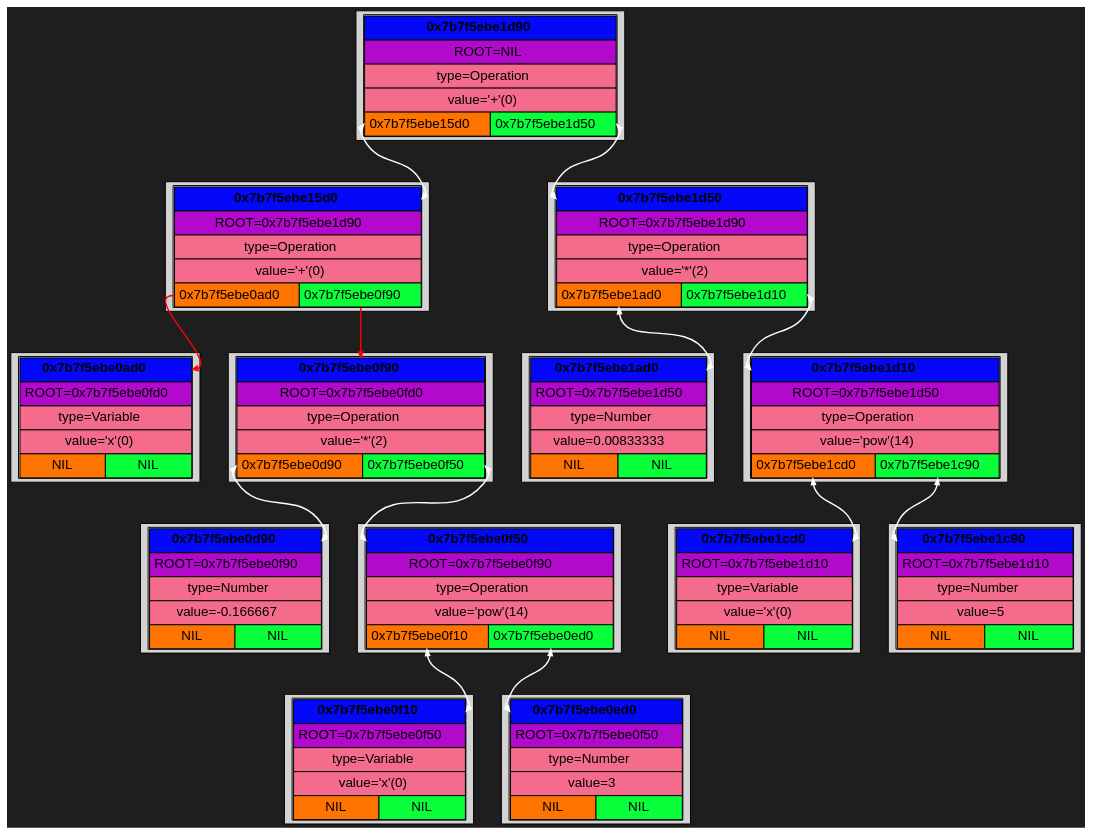
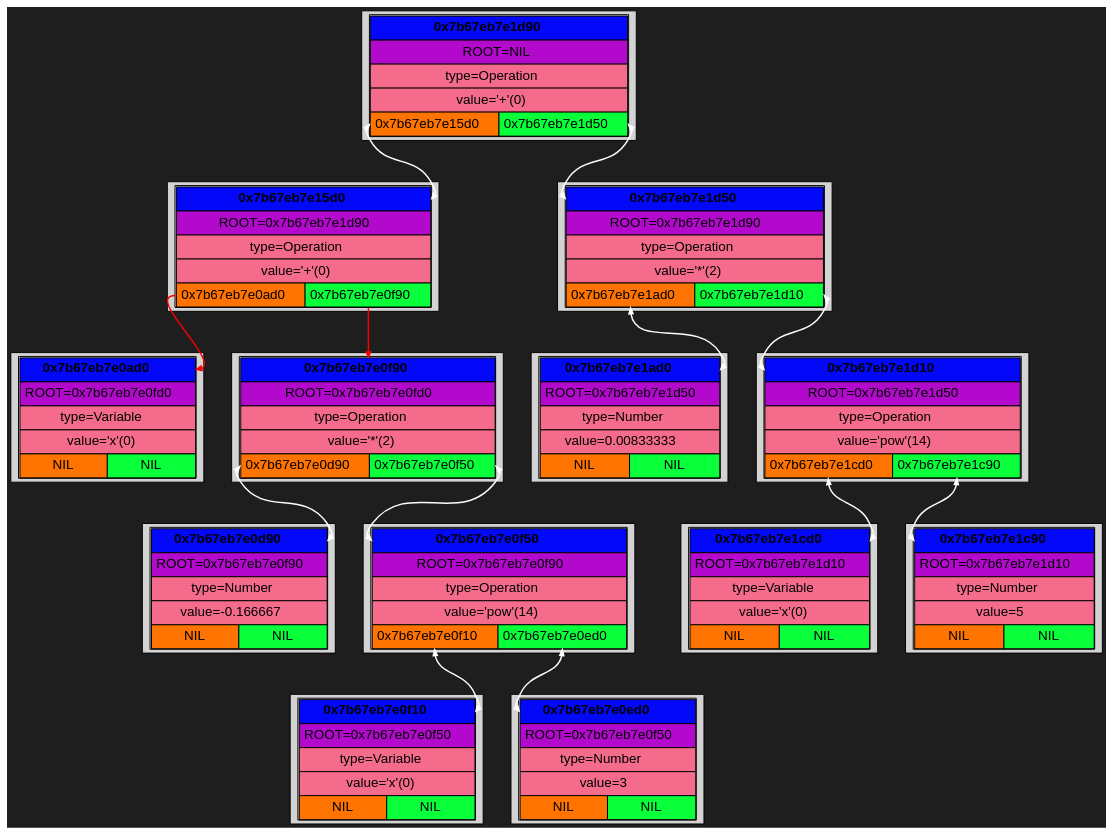
One commit to Kabuto-Mainer/Diff changed the diagram in Dump/BinTree/graph.dot. Above: the diagram before and after it, drawn with Graphviz. The commit also changed 15 other files, not shown here.

```diff
--- a/Dump/BinTree/graph.dot
+++ b/Dump/BinTree/graph.dot
@@ -1,178 +1,178 @@
 digraph {
   rankdir=UD;
   bgcolor="#1e1e1e"
   nodesep=0.4;
   ranksep=0.6;
   node [shape=plaintext, style=filled, fontname="Helvetica"];
   edge [arrowhead=vee, arrowsize=0.6, penwidth=1.2];
 
-block_0x7b7f5ebe0ad0 [shape=box, label=<
+block_0x7b67eb7e0ad0 [shape=box, label=<
 <TABLE CELLSPACING="0" CELLPADDING="4">
-<TR><TD PORT="root" BGCOLOR="#0308f9ff" COLSPAN="2"><B>0x7b7f5ebe0ad0</B></TD></TR>
-<TR><TD BGCOLOR="#b209ccff" COLSPAN="2">ROOT=0x7b7f5ebe0fd0</TD></TR>
+<TR><TD PORT="root" BGCOLOR="#0308f9ff" COLSPAN="2"><B>0x7b67eb7e0ad0</B></TD></TR>
+<TR><TD BGCOLOR="#b209ccff" COLSPAN="2">ROOT=0x7b67eb7e0fd0</TD></TR>
 <TR><TD BGCOLOR="#f46b8bff" COLSPAN="2">type=Variable</TD></TR>
 <TR><TD BGCOLOR="#f46b8bff" COLSPAN="2">value='x'(0)</TD></TR>
 <TR>
 <TD PORT="left" BGCOLOR="#ff7301ff">NIL</TD>
 <TD PORT="right" BGCOLOR="#08ff3aff">NIL</TD>
 </TR>
 </TABLE> >];
 
-block_0x7b7f5ebe0d90 [shape=box, label=<
+block_0x7b67eb7e0d90 [shape=box, label=<
 <TABLE CELLSPACING="0" CELLPADDING="4">
-<TR><TD PORT="root" BGCOLOR="#0308f9ff" COLSPAN="2"><B>0x7b7f5ebe0d90</B></TD></TR>
-<TR><TD BGCOLOR="#b209ccff" COLSPAN="2">ROOT=0x7b7f5ebe0f90</TD></TR>
+<TR><TD PORT="root" BGCOLOR="#0308f9ff" COLSPAN="2"><B>0x7b67eb7e0d90</B></TD></TR>
+<TR><TD BGCOLOR="#b209ccff" COLSPAN="2">ROOT=0x7b67eb7e0f90</TD></TR>
 <TR><TD BGCOLOR="#f46b8bff" COLSPAN="2">type=Number</TD></TR>
 <TR><TD BGCOLOR="#f46b8bff" COLSPAN="2">value=-0.166667</TD></TR>
 <TR>
 <TD PORT="left" BGCOLOR="#ff7301ff">NIL</TD>
 <TD PORT="right" BGCOLOR="#08ff3aff">NIL</TD>
 </TR>
 </TABLE> >];
 
-block_0x7b7f5ebe0f10 [shape=box, label=<
+block_0x7b67eb7e0f10 [shape=box, label=<
 <TABLE CELLSPACING="0" CELLPADDING="4">
-<TR><TD PORT="root" BGCOLOR="#0308f9ff" COLSPAN="2"><B>0x7b7f5ebe0f10</B></TD></TR>
-<TR><TD BGCOLOR="#b209ccff" COLSPAN="2">ROOT=0x7b7f5ebe0f50</TD></TR>
+<TR><TD PORT="root" BGCOLOR="#0308f9ff" COLSPAN="2"><B>0x7b67eb7e0f10</B></TD></TR>
+<TR><TD BGCOLOR="#b209ccff" COLSPAN="2">ROOT=0x7b67eb7e0f50</TD></TR>
 <TR><TD BGCOLOR="#f46b8bff" COLSPAN="2">type=Variable</TD></TR>
 <TR><TD BGCOLOR="#f46b8bff" COLSPAN="2">value='x'(0)</TD></TR>
 <TR>
 <TD PORT="left" BGCOLOR="#ff7301ff">NIL</TD>
 <TD PORT="right" BGCOLOR="#08ff3aff">NIL</TD>
 </TR>
 </TABLE> >];
 
-block_0x7b7f5ebe0ed0 [shape=box, label=<
+block_0x7b67eb7e0ed0 [shape=box, label=<
 <TABLE CELLSPACING="0" CELLPADDING="4">
-<TR><TD PORT="root" BGCOLOR="#0308f9ff" COLSPAN="2"><B>0x7b7f5ebe0ed0</B></TD></TR>
-<TR><TD BGCOLOR="#b209ccff" COLSPAN="2">ROOT=0x7b7f5ebe0f50</TD></TR>
+<TR><TD PORT="root" BGCOLOR="#0308f9ff" COLSPAN="2"><B>0x7b67eb7e0ed0</B></TD></TR>
+<TR><TD BGCOLOR="#b209ccff" COLSPAN="2">ROOT=0x7b67eb7e0f50</TD></TR>
 <TR><TD BGCOLOR="#f46b8bff" COLSPAN="2">type=Number</TD></TR>
 <TR><TD BGCOLOR="#f46b8bff" COLSPAN="2">value=3</TD></TR>
 <TR>
 <TD PORT="left" BGCOLOR="#ff7301ff">NIL</TD>
 <TD PORT="right" BGCOLOR="#08ff3aff">NIL</TD>
 </TR>
 </TABLE> >];
 
-block_0x7b7f5ebe0f50 [shape=box, label=<
+block_0x7b67eb7e0f50 [shape=box, label=<
 <TABLE CELLSPACING="0" CELLPADDING="4">
-<TR><TD PORT="root" BGCOLOR="#0308f9ff" COLSPAN="2"><B>0x7b7f5ebe0f50</B></TD></TR>
-<TR><TD BGCOLOR="#b209ccff" COLSPAN="2">ROOT=0x7b7f5ebe0f90</TD></TR>
+<TR><TD PORT="root" BGCOLOR="#0308f9ff" COLSPAN="2"><B>0x7b67eb7e0f50</B></TD></TR>
+<TR><TD BGCOLOR="#b209ccff" COLSPAN="2">ROOT=0x7b67eb7e0f90</TD></TR>
 <TR><TD BGCOLOR="#f46b8bff" COLSPAN="2">type=Operation</TD></TR>
 <TR><TD BGCOLOR="#f46b8bff" COLSPAN="2">value='pow'(14)</TD></TR>
 <TR>
-<TD PORT="left" BGCOLOR="#ff7301ff">0x7b7f5ebe0f10</TD>
-<TD PORT="right" BGCOLOR="#08ff3aff">0x7b7f5ebe0ed0</TD>
+<TD PORT="left" BGCOLOR="#ff7301ff">0x7b67eb7e0f10</TD>
+<TD PORT="right" BGCOLOR="#08ff3aff">0x7b67eb7e0ed0</TD>
 </TR>
 </TABLE> >];
 
-block_0x7b7f5ebe0f90 [shape=box, label=<
+block_0x7b67eb7e0f90 [shape=box, label=<
 <TABLE CELLSPACING="0" CELLPADDING="4">
-<TR><TD PORT="root" BGCOLOR="#0308f9ff" COLSPAN="2"><B>0x7b7f5ebe0f90</B></TD></TR>
-<TR><TD BGCOLOR="#b209ccff" COLSPAN="2">ROOT=0x7b7f5ebe0fd0</TD></TR>
+<TR><TD PORT="root" BGCOLOR="#0308f9ff" COLSPAN="2"><B>0x7b67eb7e0f90</B></TD></TR>
+<TR><TD BGCOLOR="#b209ccff" COLSPAN="2">ROOT=0x7b67eb7e0fd0</TD></TR>
 <TR><TD BGCOLOR="#f46b8bff" COLSPAN="2">type=Operation</TD></TR>
 <TR><TD BGCOLOR="#f46b8bff" COLSPAN="2">value='*'(2)</TD></TR>
 <TR>
-<TD PORT="left" BGCOLOR="#ff7301ff">0x7b7f5ebe0d90</TD>
-<TD PORT="right" BGCOLOR="#08ff3aff">0x7b7f5ebe0f50</TD>
+<TD PORT="left" BGCOLOR="#ff7301ff">0x7b67eb7e0d90</TD>
+<TD PORT="right" BGCOLOR="#08ff3aff">0x7b67eb7e0f50</TD>
 </TR>
 </TABLE> >];
 
-block_0x7b7f5ebe15d0 [shape=box, label=<
+block_0x7b67eb7e15d0 [shape=box, label=<
 <TABLE CELLSPACING="0" CELLPADDING="4">
-<TR><TD PORT="root" BGCOLOR="#0308f9ff" COLSPAN="2"><B>0x7b7f5ebe15d0</B></TD></TR>
-<TR><TD BGCOLOR="#b209ccff" COLSPAN="2">ROOT=0x7b7f5ebe1d90</TD></TR>
+<TR><TD PORT="root" BGCOLOR="#0308f9ff" COLSPAN="2"><B>0x7b67eb7e15d0</B></TD></TR>
+<TR><TD BGCOLOR="#b209ccff" COLSPAN="2">ROOT=0x7b67eb7e1d90</TD></TR>
 <TR><TD BGCOLOR="#f46b8bff" COLSPAN="2">type=Operation</TD></TR>
 <TR><TD BGCOLOR="#f46b8bff" COLSPAN="2">value='+'(0)</TD></TR>
 <TR>
-<TD PORT="left" BGCOLOR="#ff7301ff">0x7b7f5ebe0ad0</TD>
-<TD PORT="right" BGCOLOR="#08ff3aff">0x7b7f5ebe0f90</TD>
+<TD PORT="left" BGCOLOR="#ff7301ff">0x7b67eb7e0ad0</TD>
+<TD PORT="right" BGCOLOR="#08ff3aff">0x7b67eb7e0f90</TD>
 </TR>
 </TABLE> >];
 
-block_0x7b7f5ebe1ad0 [shape=box, label=<
+block_0x7b67eb7e1ad0 [shape=box, label=<
 <TABLE CELLSPACING="0" CELLPADDING="4">
-<TR><TD PORT="root" BGCOLOR="#0308f9ff" COLSPAN="2"><B>0x7b7f5ebe1ad0</B></TD></TR>
-<TR><TD BGCOLOR="#b209ccff" COLSPAN="2">ROOT=0x7b7f5ebe1d50</TD></TR>
+<TR><TD PORT="root" BGCOLOR="#0308f9ff" COLSPAN="2"><B>0x7b67eb7e1ad0</B></TD></TR>
+<TR><TD BGCOLOR="#b209ccff" COLSPAN="2">ROOT=0x7b67eb7e1d50</TD></TR>
 <TR><TD BGCOLOR="#f46b8bff" COLSPAN="2">type=Number</TD></TR>
 <TR><TD BGCOLOR="#f46b8bff" COLSPAN="2">value=0.00833333</TD></TR>
 <TR>
 <TD PORT="left" BGCOLOR="#ff7301ff">NIL</TD>
 <TD PORT="right" BGCOLOR="#08ff3aff">NIL</TD>
 </TR>
 </TABLE> >];
 
-block_0x7b7f5ebe1cd0 [shape=box, label=<
+block_0x7b67eb7e1cd0 [shape=box, label=<
 <TABLE CELLSPACING="0" CELLPADDING="4">
-<TR><TD PORT="root" BGCOLOR="#0308f9ff" COLSPAN="2"><B>0x7b7f5ebe1cd0</B></TD></TR>
-<TR><TD BGCOLOR="#b209ccff" COLSPAN="2">ROOT=0x7b7f5ebe1d10</TD></TR>
+<TR><TD PORT="root" BGCOLOR="#0308f9ff" COLSPAN="2"><B>0x7b67eb7e1cd0</B></TD></TR>
+<TR><TD BGCOLOR="#b209ccff" COLSPAN="2">ROOT=0x7b67eb7e1d10</TD></TR>
 <TR><TD BGCOLOR="#f46b8bff" COLSPAN="2">type=Variable</TD></TR>
 <TR><TD BGCOLOR="#f46b8bff" COLSPAN="2">value='x'(0)</TD></TR>
 <TR>
 <TD PORT="left" BGCOLOR="#ff7301ff">NIL</TD>
 <TD PORT="right" BGCOLOR="#08ff3aff">NIL</TD>
 </TR>
 </TABLE> >];
 
-block_0x7b7f5ebe1c90 [shape=box, label=<
+block_0x7b67eb7e1c90 [shape=box, label=<
 <TABLE CELLSPACING="0" CELLPADDING="4">
-<TR><TD PORT="root" BGCOLOR="#0308f9ff" COLSPAN="2"><B>0x7b7f5ebe1c90</B></TD></TR>
-<TR><TD BGCOLOR="#b209ccff" COLSPAN="2">ROOT=0x7b7f5ebe1d10</TD></TR>
+<TR><TD PORT="root" BGCOLOR="#0308f9ff" COLSPAN="2"><B>0x7b67eb7e1c90</B></TD></TR>
+<TR><TD BGCOLOR="#b209ccff" COLSPAN="2">ROOT=0x7b67eb7e1d10</TD></TR>
 <TR><TD BGCOLOR="#f46b8bff" COLSPAN="2">type=Number</TD></TR>
 <TR><TD BGCOLOR="#f46b8bff" COLSPAN="2">value=5</TD></TR>
 <TR>
 <TD PORT="left" BGCOLOR="#ff7301ff">NIL</TD>
 <TD PORT="right" BGCOLOR="#08ff3aff">NIL</TD>
 </TR>
 </TABLE> >];
 
-block_0x7b7f5ebe1d10 [shape=box, label=<
+block_0x7b67eb7e1d10 [shape=box, label=<
 <TABLE CELLSPACING="0" CELLPADDING="4">
-<TR><TD PORT="root" BGCOLOR="#0308f9ff" COLSPAN="2"><B>0x7b7f5ebe1d10</B></TD></TR>
-<TR><TD BGCOLOR="#b209ccff" COLSPAN="2">ROOT=0x7b7f5ebe1d50</TD></TR>
+<TR><TD PORT="root" BGCOLOR="#0308f9ff" COLSPAN="2"><B>0x7b67eb7e1d10</B></TD></TR>
+<TR><TD BGCOLOR="#b209ccff" COLSPAN="2">ROOT=0x7b67eb7e1d50</TD></TR>
 <TR><TD BGCOLOR="#f46b8bff" COLSPAN="2">type=Operation</TD></TR>
 <TR><TD BGCOLOR="#f46b8bff" COLSPAN="2">value='pow'(14)</TD></TR>
 <TR>
-<TD PORT="left" BGCOLOR="#ff7301ff">0x7b7f5ebe1cd0</TD>
-<TD PORT="right" BGCOLOR="#08ff3aff">0x7b7f5ebe1c90</TD>
+<TD PORT="left" BGCOLOR="#ff7301ff">0x7b67eb7e1cd0</TD>
+<TD PORT="right" BGCOLOR="#08ff3aff">0x7b67eb7e1c90</TD>
 </TR>
 </TABLE> >];
 
-block_0x7b7f5ebe1d50 [shape=box, label=<
+block_0x7b67eb7e1d50 [shape=box, label=<
 <TABLE CELLSPACING="0" CELLPADDING="4">
-<TR><TD PORT="root" BGCOLOR="#0308f9ff" COLSPAN="2"><B>0x7b7f5ebe1d50</B></TD></TR>
-<TR><TD BGCOLOR="#b209ccff" COLSPAN="2">ROOT=0x7b7f5ebe1d90</TD></TR>
+<TR><TD PORT="root" BGCOLOR="#0308f9ff" COLSPAN="2"><B>0x7b67eb7e1d50</B></TD></TR>
+<TR><TD BGCOLOR="#b209ccff" COLSPAN="2">ROOT=0x7b67eb7e1d90</TD></TR>
 <TR><TD BGCOLOR="#f46b8bff" COLSPAN="2">type=Operation</TD></TR>
 <TR><TD BGCOLOR="#f46b8bff" COLSPAN="2">value='*'(2)</TD></TR>
 <TR>
-<TD PORT="left" BGCOLOR="#ff7301ff">0x7b7f5ebe1ad0</TD>
-<TD PORT="right" BGCOLOR="#08ff3aff">0x7b7f5ebe1d10</TD>
+<TD PORT="left" BGCOLOR="#ff7301ff">0x7b67eb7e1ad0</TD>
+<TD PORT="right" BGCOLOR="#08ff3aff">0x7b67eb7e1d10</TD>
 </TR>
 </TABLE> >];
 
-block_0x7b7f5ebe1d90 [shape=box, label=<
+block_0x7b67eb7e1d90 [shape=box, label=<
 <TABLE CELLSPACING="0" CELLPADDING="4">
-<TR><TD PORT="root" BGCOLOR="#0308f9ff" COLSPAN="2"><B>0x7b7f5ebe1d90</B></TD></TR>
+<TR><TD PORT="root" BGCOLOR="#0308f9ff" COLSPAN="2"><B>0x7b67eb7e1d90</B></TD></TR>
 <TR><TD BGCOLOR="#b209ccff" COLSPAN="2">ROOT=NIL</TD></TR>
 <TR><TD BGCOLOR="#f46b8bff" COLSPAN="2">type=Operation</TD></TR>
 <TR><TD BGCOLOR="#f46b8bff" COLSPAN="2">value='+'(0)</TD></TR>
 <TR>
-<TD PORT="left" BGCOLOR="#ff7301ff">0x7b7f5ebe15d0</TD>
-<TD PORT="right" BGCOLOR="#08ff3aff">0x7b7f5ebe1d50</TD>
+<TD PORT="left" BGCOLOR="#ff7301ff">0x7b67eb7e15d0</TD>
+<TD PORT="right" BGCOLOR="#08ff3aff">0x7b67eb7e1d50</TD>
 </TR>
 </TABLE> >];
 
-block_0x7b7f5ebe0f50:right -> block_0x7b7f5ebe0ed0:root [color="#fefefeff", penwidth = 1.5, arrowsize = 0.6, constraint = true, dir = both];
-block_0x7b7f5ebe0f50:left -> block_0x7b7f5ebe0f10:root [color="#ffffffff", penwidth = 1.5, arrowsize = 0.6, constraint = true, dir = both];
-block_0x7b7f5ebe0f90:right -> block_0x7b7f5ebe0f50:root [color="#fefefeff", penwidth = 1.5, arrowsize = 0.6, constraint = true, dir = both];
-block_0x7b7f5ebe0f90:left -> block_0x7b7f5ebe0d90:root [color="#ffffffff", penwidth = 1.5, arrowsize = 0.6, constraint = true, dir = both];
-block_0x7b7f5ebe15d0:right -> block_0x7b7f5ebe0f90:root [color="#fa0101ff", penwidth = 1.5, arrowsize = 0.6, constraint = true];
-block_0x7b7f5ebe15d0:left -> block_0x7b7f5ebe0ad0:root [color="#fa0101ff", penwidth = 1.5, arrowsize = 0.6, constraint = true];
-block_0x7b7f5ebe1d10:right -> block_0x7b7f5ebe1c90:root [color="#fefefeff", penwidth = 1.5, arrowsize = 0.6, constraint = true, dir = both];
-block_0x7b7f5ebe1d10:left -> block_0x7b7f5ebe1cd0:root [color="#ffffffff", penwidth = 1.5, arrowsize = 0.6, constraint = true, dir = both];
-block_0x7b7f5ebe1d50:right -> block_0x7b7f5ebe1d10:root [color="#fefefeff", penwidth = 1.5, arrowsize = 0.6, constraint = true, dir = both];
-block_0x7b7f5ebe1d50:left -> block_0x7b7f5ebe1ad0:root [color="#ffffffff", penwidth = 1.5, arrowsize = 0.6, constraint = true, dir = both];
-block_0x7b7f5ebe1d90:right -> block_0x7b7f5ebe1d50:root [color="#fefefeff", penwidth = 1.5, arrowsize = 0.6, constraint = true, dir = both];
-block_0x7b7f5ebe1d90:left -> block_0x7b7f5ebe15d0:root [color="#ffffffff", penwidth = 1.5, arrowsize = 0.6, constraint = true, dir = both];
+block_0x7b67eb7e0f50:right -> block_0x7b67eb7e0ed0:root [color="#fefefeff", penwidth = 1.5, arrowsize = 0.6, constraint = true, dir = both];
+block_0x7b67eb7e0f50:left -> block_0x7b67eb7e0f10:root [color="#ffffffff", penwidth = 1.5, arrowsize = 0.6, constraint = true, dir = both];
+block_0x7b67eb7e0f90:right -> block_0x7b67eb7e0f50:root [color="#fefefeff", penwidth = 1.5, arrowsize = 0.6, constraint = true, dir = both];
+block_0x7b67eb7e0f90:left -> block_0x7b67eb7e0d90:root [color="#ffffffff", penwidth = 1.5, arrowsize = 0.6, constraint = true, dir = both];
+block_0x7b67eb7e15d0:right -> block_0x7b67eb7e0f90:root [color="#fa0101ff", penwidth = 1.5, arrowsize = 0.6, constraint = true];
+block_0x7b67eb7e15d0:left -> block_0x7b67eb7e0ad0:root [color="#fa0101ff", penwidth = 1.5, arrowsize = 0.6, constraint = true];
+block_0x7b67eb7e1d10:right -> block_0x7b67eb7e1c90:root [color="#fefefeff", penwidth = 1.5, arrowsize = 0.6, constraint = true, dir = both];
+block_0x7b67eb7e1d10:left -> block_0x7b67eb7e1cd0:root [color="#ffffffff", penwidth = 1.5, arrowsize = 0.6, constraint = true, dir = both];
+block_0x7b67eb7e1d50:right -> block_0x7b67eb7e1d10:root [color="#fefefeff", penwidth = 1.5, arrowsize = 0.6, constraint = true, dir = both];
+block_0x7b67eb7e1d50:left -> block_0x7b67eb7e1ad0:root [color="#ffffffff", penwidth = 1.5, arrowsize = 0.6, constraint = true, dir = both];
+block_0x7b67eb7e1d90:right -> block_0x7b67eb7e1d50:root [color="#fefefeff", penwidth = 1.5, arrowsize = 0.6, constraint = true, dir = both];
+block_0x7b67eb7e1d90:left -> block_0x7b67eb7e15d0:root [color="#ffffffff", penwidth = 1.5, arrowsize = 0.6, constraint = true, dir = both];
 
 }
```
